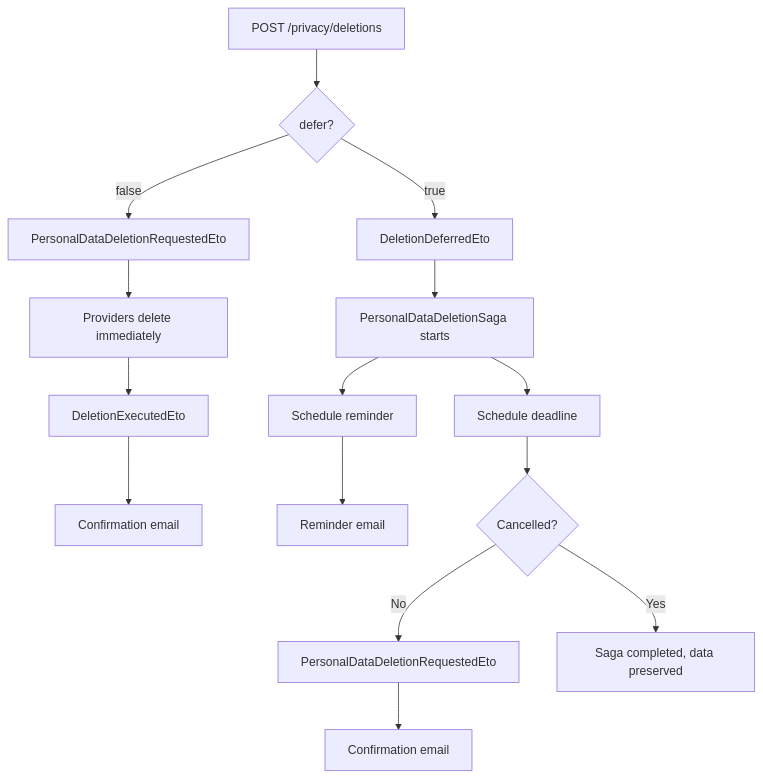
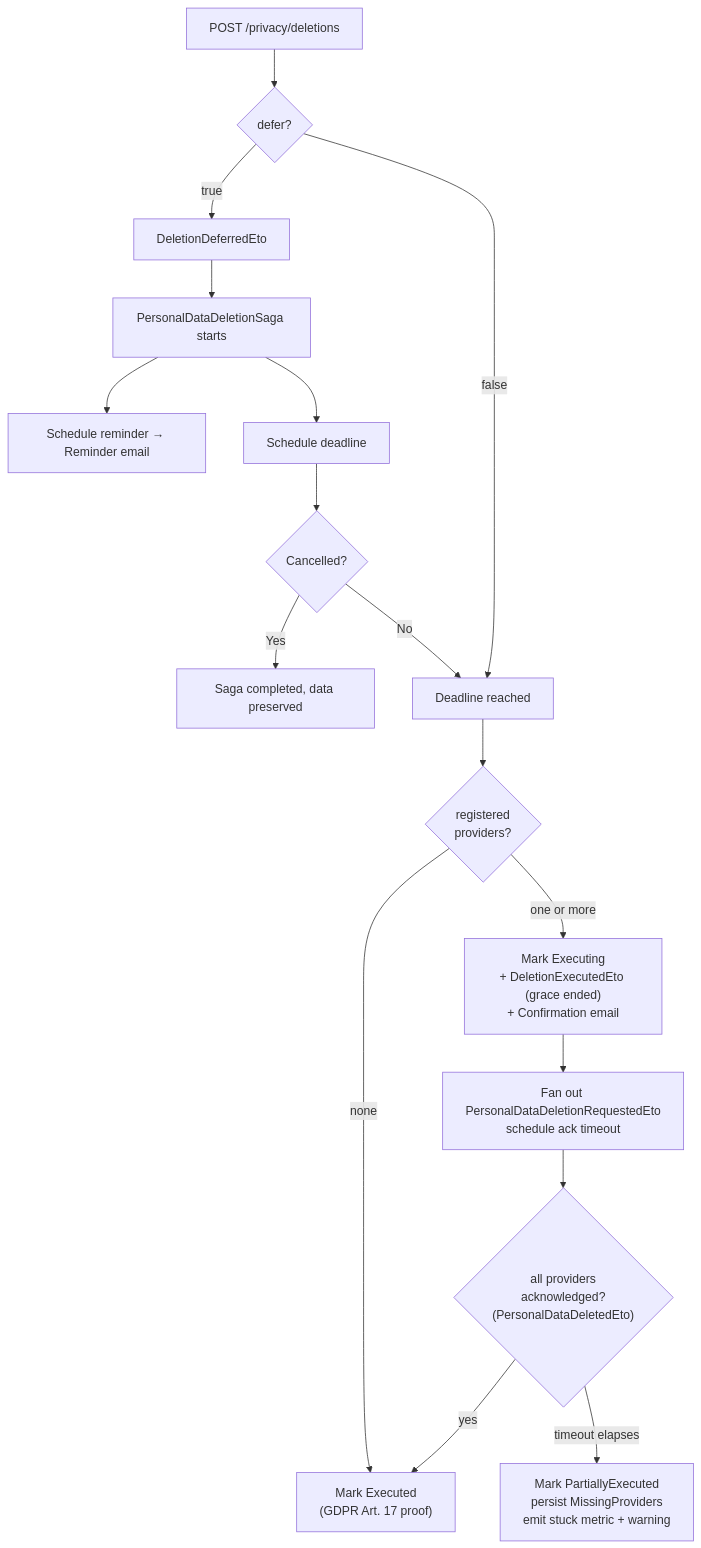
The diagram in src/content/docs/dotnet/compliance/privacy/data-deletion.mdx (granit-fx/granit-docs), drawn with Mermaid before and after one commit. The commit also changed other lines of this file and 5 other files, not shown here.

````diff
--- a/src/content/docs/dotnet/compliance/privacy/data-deletion.mdx
+++ b/src/content/docs/dotnet/compliance/privacy/data-deletion.mdx
@@ -16,17 +16,19 @@
 ```mermaid
 flowchart TD
     A["POST /privacy/deletions"] --> B{defer?}
-    B -->|false| C[PersonalDataDeletionRequestedEto]
-    C --> D[Providers delete immediately]
-    D --> E[DeletionExecutedEto]
-    E --> F["Confirmation email"]
     B -->|true| G[DeletionDeferredEto]
     G --> H["PersonalDataDeletionSaga starts"]
-    H --> I["Schedule reminder"]
+    H --> I["Schedule reminder → Reminder email"]
     H --> J["Schedule deadline"]
-    I --> K["Reminder email"]
     J --> L{Cancelled?}
-    L -->|No| M[PersonalDataDeletionRequestedEto]
-    M --> N["Confirmation email"]
     L -->|Yes| O["Saga completed, data preserved"]
+    L -->|No| DL[Deadline reached]
+    B -->|false| DL
+    DL --> Q{"registered<br/>providers?"}
+    Q -->|none| E
+    Q -->|"one or more"| X["Mark Executing<br/>+ DeletionExecutedEto (grace ended)<br/>+ Confirmation email"]
+    X --> Y["Fan out PersonalDataDeletionRequestedEto<br/>schedule ack timeout"]
+    Y --> Z{"all providers<br/>acknowledged?<br/>(PersonalDataDeletedEto)"}
+    Z -->|yes| E["Mark Executed<br/>(GDPR Art. 17 proof)"]
+    Z -->|"timeout elapses"| P["Mark PartiallyExecuted<br/>persist MissingProviders<br/>emit stuck metric + warning"]
 ```
````
